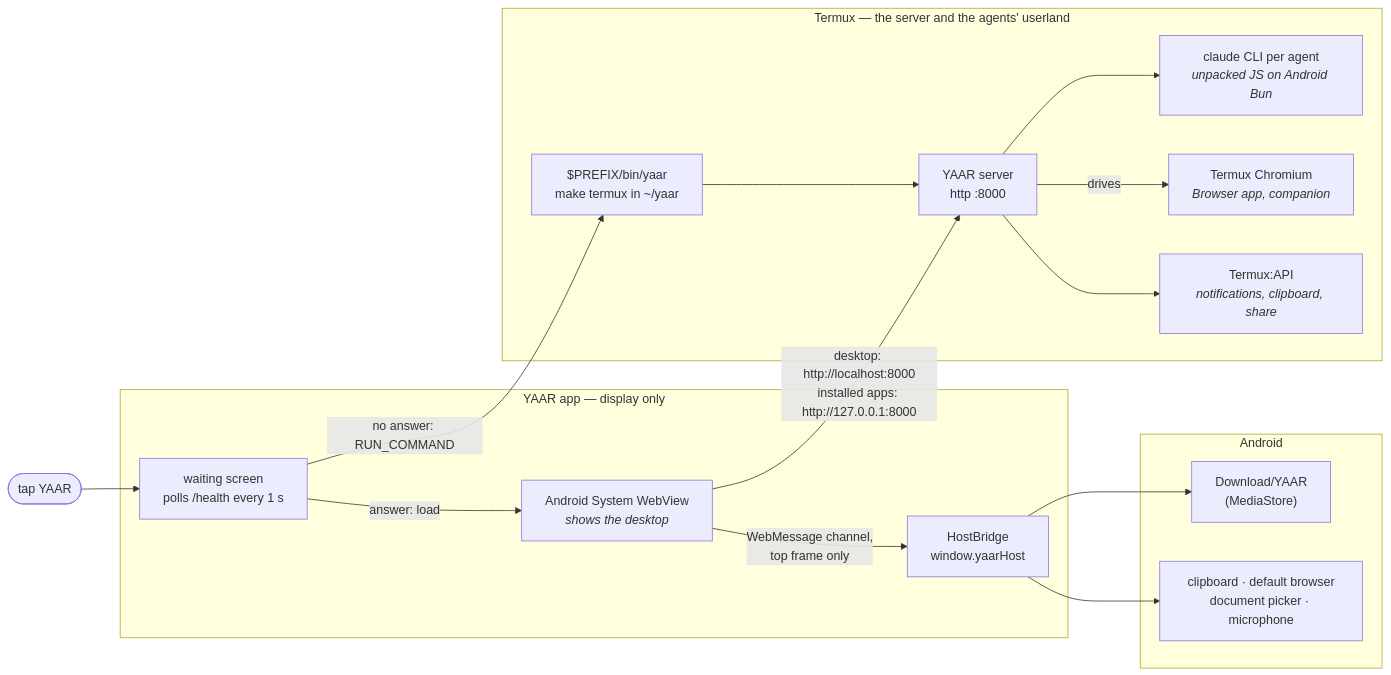
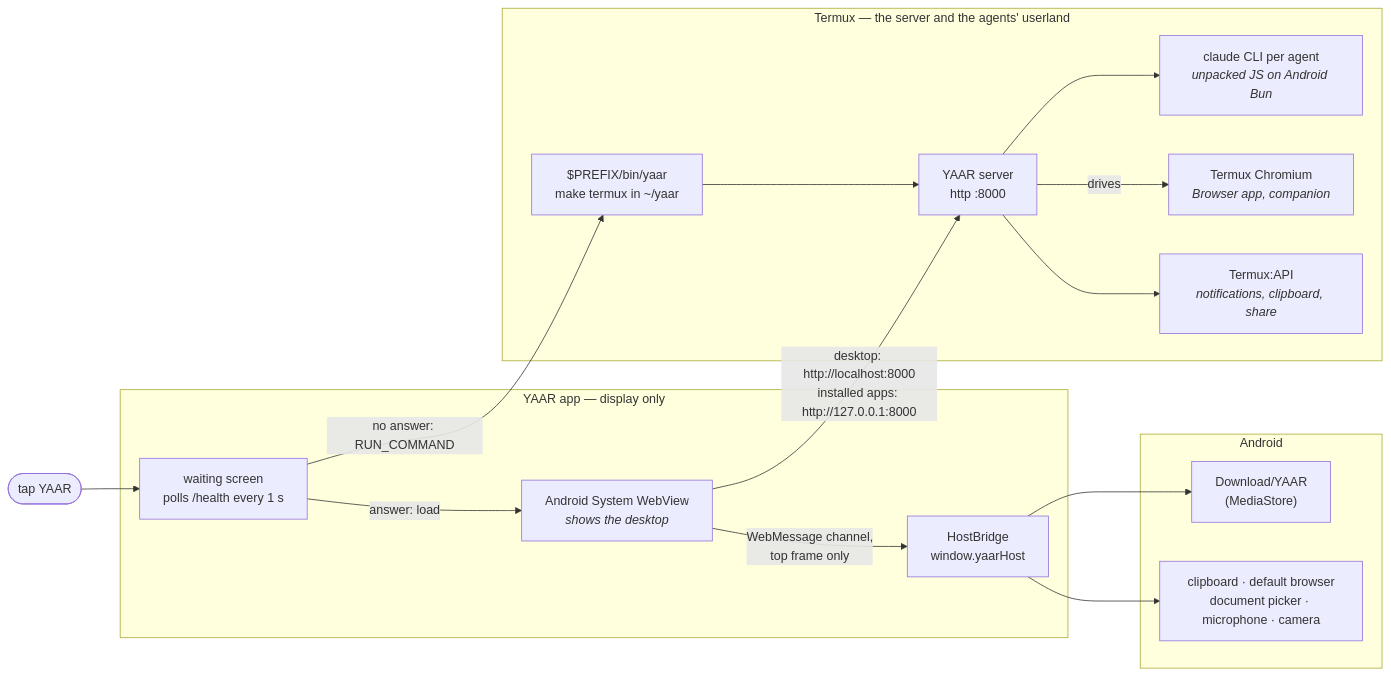
The diagram in docs/installations/android.md (sorryhyun/yaar), drawn with Mermaid before and after one commit. The commit also changed other lines of this file and 24 other files, not shown here.

````diff
--- a/docs/installations/android.md
+++ b/docs/installations/android.md
@@ -24,35 +24,35 @@
 ```mermaid
 flowchart LR
   you(["tap YAAR"])
 
   subgraph apk["YAAR app — display only"]
     wait["waiting screen<br/>polls /health every 1 s"]
     web["Android System WebView<br/><i>shows the desktop</i>"]
     host["HostBridge<br/>window.yaarHost"]
   end
 
   subgraph termux["Termux — the server and the agents' userland"]
     yaar["$PREFIX/bin/yaar<br/>make termux in ~/yaar"]
     server["YAAR server<br/>http :8000"]
     claude["claude CLI per agent<br/><i>unpacked JS on Android Bun</i>"]
     chromium["Termux Chromium<br/><i>Browser app, companion</i>"]
     api["Termux:API<br/><i>notifications, clipboard, share</i>"]
   end
 
   subgraph android["Android"]
     media["Download/YAAR<br/>(MediaStore)"]
-    clip["clipboard · default browser<br/>document picker · microphone"]
+    clip["clipboard · default browser<br/>document picker · microphone · camera"]
   end
 
   you --> wait
   wait -- "no answer: RUN_COMMAND" --> yaar
   yaar --> server
   wait -- "answer: load" --> web
   web -- "desktop: http://localhost:8000<br/>installed apps: http://127.0.0.1:8000" --> server
   web -- "WebMessage channel,<br/>top frame only" --> host
   host --> media
   host --> clip
   server --> claude
   server -- "drives" --> chromium
   server --> api
 ```
````
